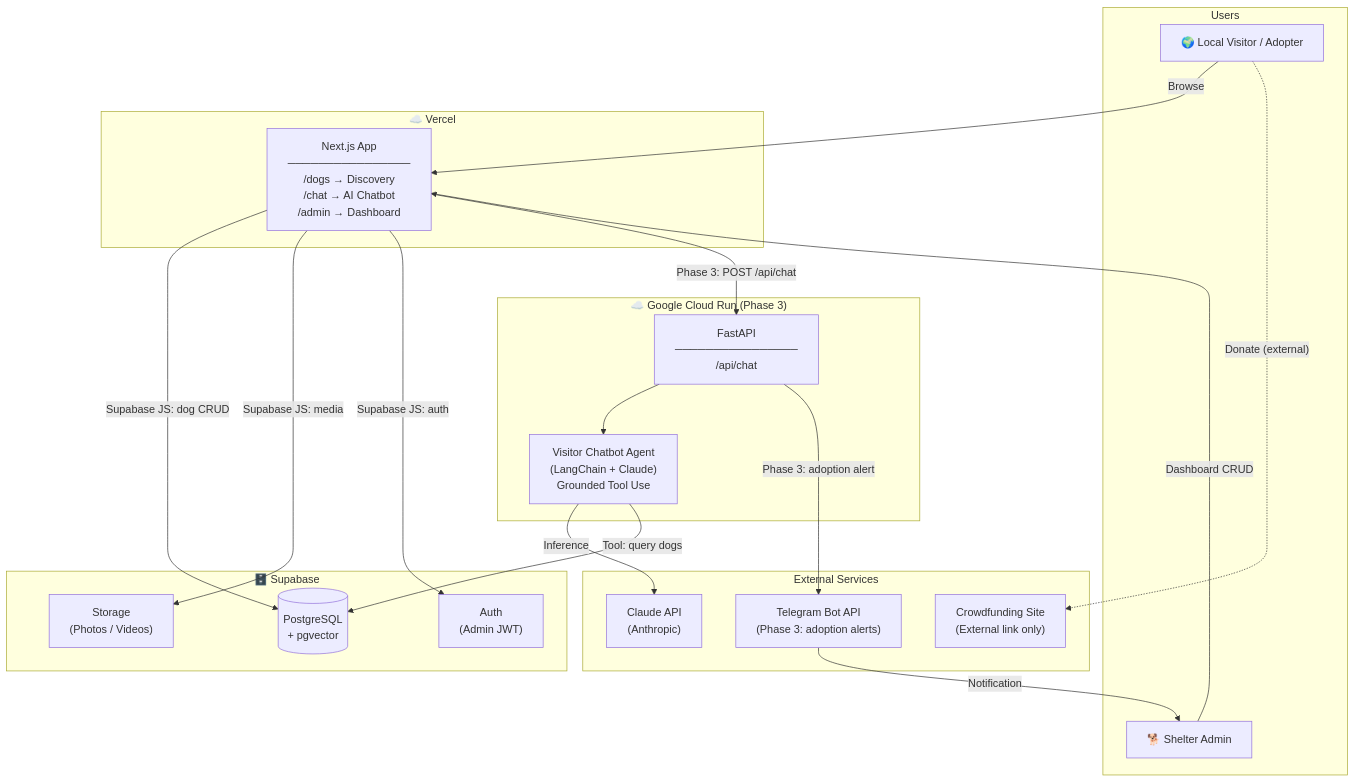
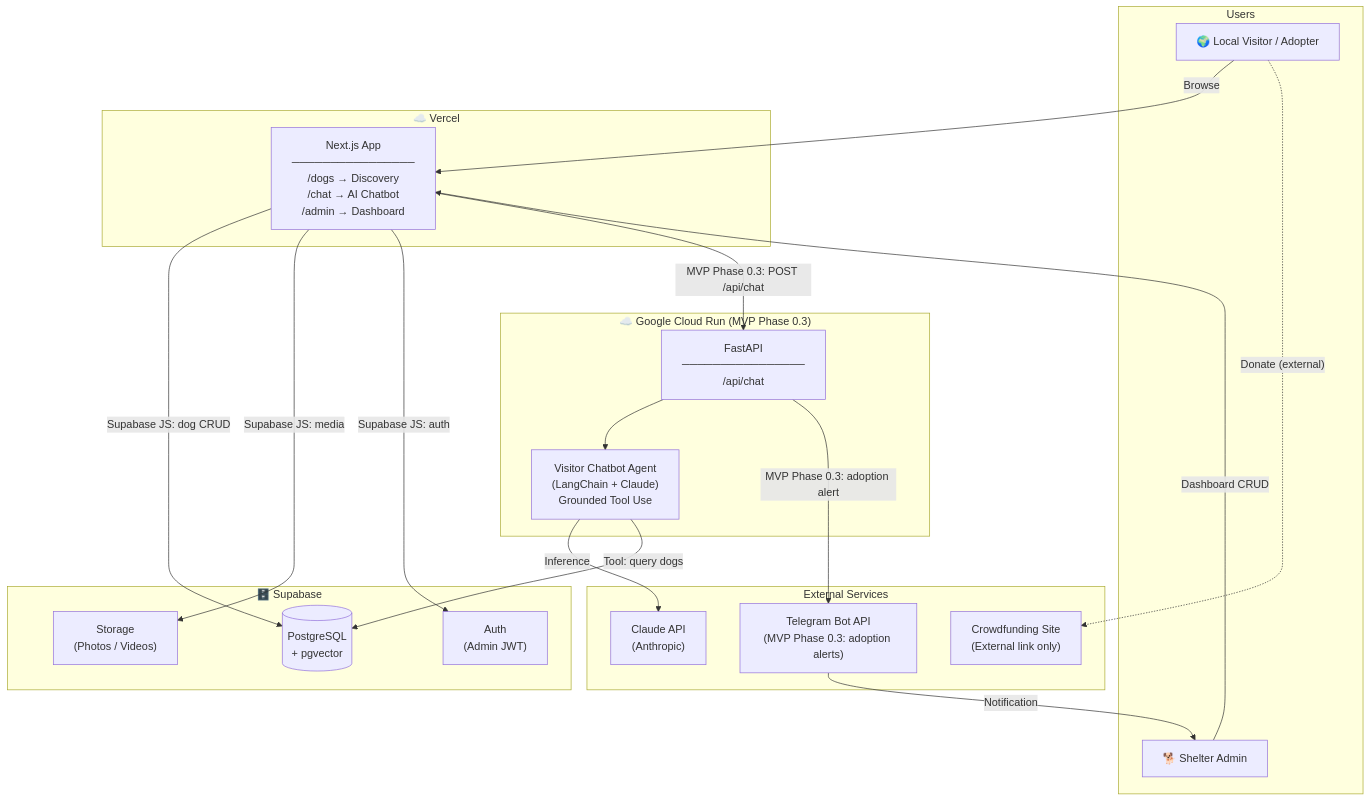
Before and after one commit to guirau/Doggies: the diagram in docs/architecture/system-overview.md, drawn with Mermaid. The commit also changed other lines of this file and 7 other files, not shown here.

````diff
--- a/docs/architecture/system-overview.md
+++ b/docs/architecture/system-overview.md
@@ -71,41 +71,41 @@
 ```mermaid
 graph TD
     subgraph users["Users"]
         Visitor["🌍 Local Visitor / Adopter"]
         Admin["🐕 Shelter Admin"]
     end
 
     subgraph vercel["☁️ Vercel"]
         NextApp["Next.js App\n────────────────\n/dogs  → Discovery\n/chat  → AI Chatbot\n/admin → Dashboard"]
     end
 
-    subgraph cloudrun["☁️ Google Cloud Run (Phase 3)"]
+    subgraph cloudrun["☁️ Google Cloud Run (MVP Phase 0.3)"]
         FastAPI["FastAPI\n────────────────\n/api/chat"]
         VisitorAgent["Visitor Chatbot Agent\n(LangChain + Claude)\nGrounded Tool Use"]
         FastAPI --> VisitorAgent
     end
 
     subgraph supabase["🗄️ Supabase"]
         PG[("PostgreSQL\n+ pgvector")]
         SupaStorage["Storage\n(Photos / Videos)"]
         SupaAuth["Auth\n(Admin JWT)"]
     end
 
     subgraph external["External Services"]
         ClaudeAPI["Claude API\n(Anthropic)"]
-        TelegramAPI["Telegram Bot API\n(Phase 3: adoption alerts)"]
+        TelegramAPI["Telegram Bot API\n(MVP Phase 0.3: adoption alerts)"]
         Crowdfund["Crowdfunding Site\n(External link only)"]
     end
 
     Visitor -->|Browse| NextApp
     Admin -->|Dashboard CRUD| NextApp
     NextApp -->|Supabase JS: dog CRUD| PG
     NextApp -->|Supabase JS: media| SupaStorage
     NextApp -->|Supabase JS: auth| SupaAuth
-    NextApp -->|Phase 3: POST /api/chat| FastAPI
+    NextApp -->|MVP Phase 0.3: POST /api/chat| FastAPI
     VisitorAgent -->|Inference| ClaudeAPI
     VisitorAgent -->|Tool: query dogs| PG
-    FastAPI -->|Phase 3: adoption alert| TelegramAPI
+    FastAPI -->|MVP Phase 0.3: adoption alert| TelegramAPI
     TelegramAPI -->|Notification| Admin
     Visitor -. "Donate (external)" .-> Crowdfund
 ```
````
